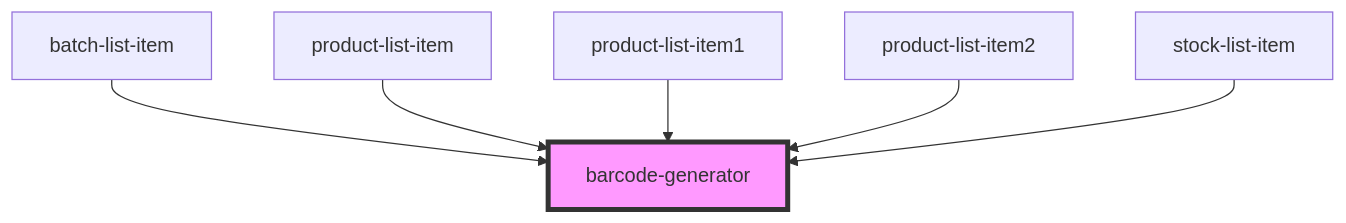
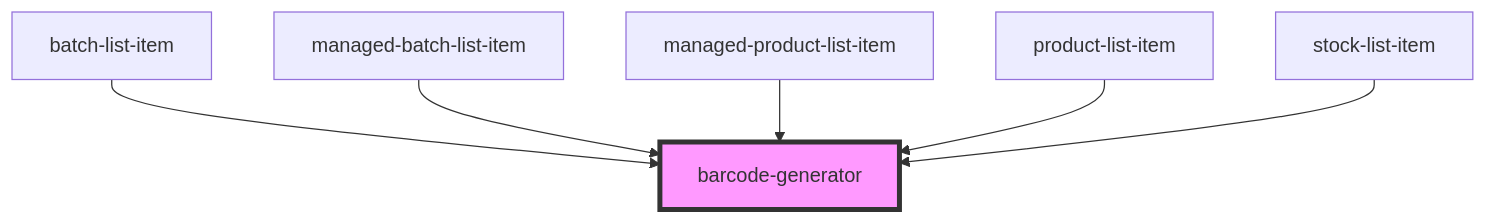
The diagram in pdm-web-components/src/components/barcode-generator/readme.md (PharmaLedger-IMI/fgt-workspace), drawn with Mermaid before and after one commit. The commit also changed other lines of this file and 23 other files, not shown here.

Commit message:
refs #10 - adds stable table, product component and working batch component with issues

````diff
--- a/pdm-web-components/src/components/barcode-generator/readme.md
+++ b/pdm-web-components/src/components/barcode-generator/readme.md
@@ -31,9 +31,9 @@
 ```mermaid
 graph TD;
   batch-list-item --> barcode-generator
+  managed-batch-list-item --> barcode-generator
+  managed-product-list-item --> barcode-generator
   product-list-item --> barcode-generator
-  product-list-item1 --> barcode-generator
-  product-list-item2 --> barcode-generator
   stock-list-item --> barcode-generator
   style barcode-generator fill:#f9f,stroke:#333,stroke-width:4px
 ```
````
